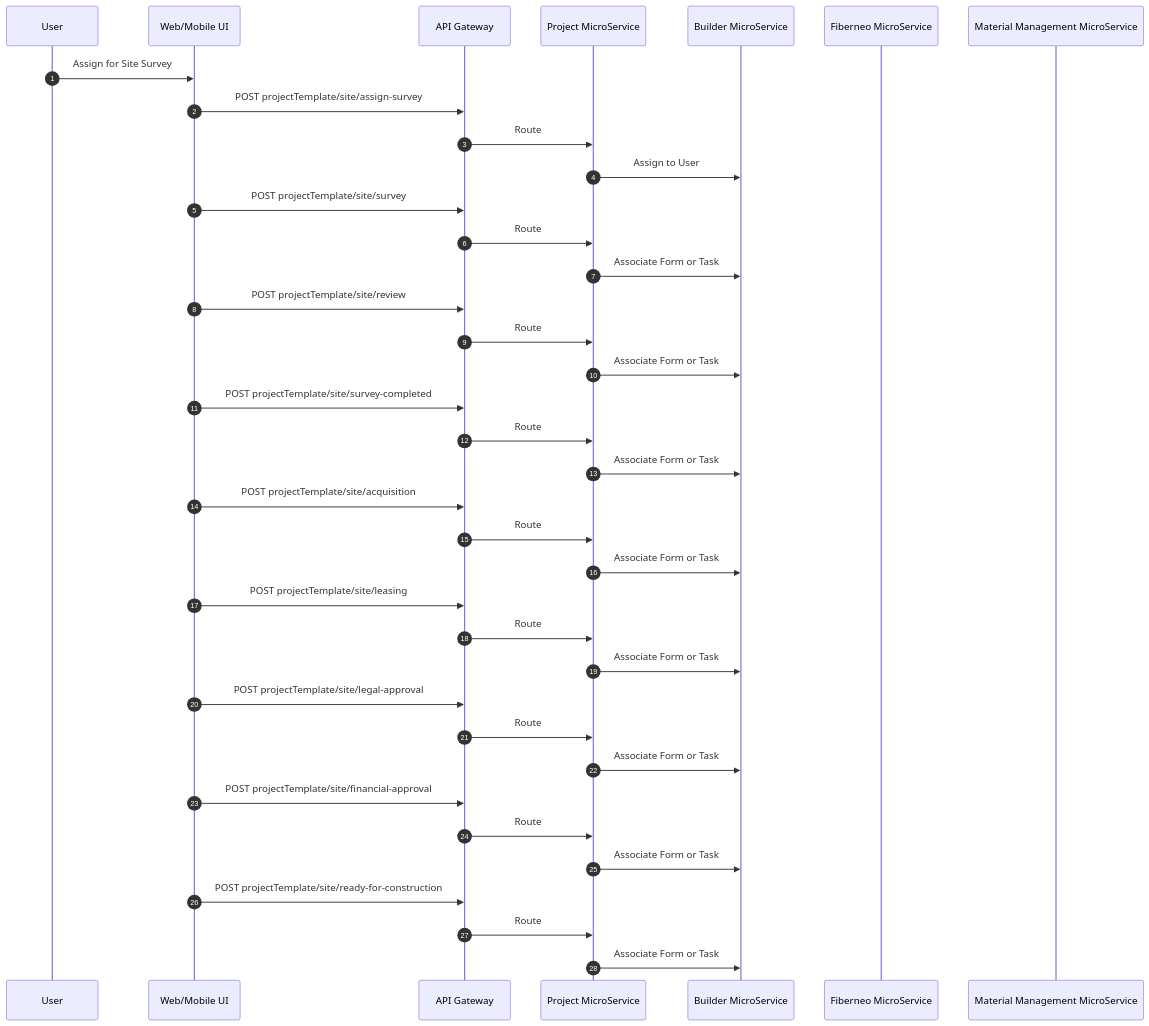
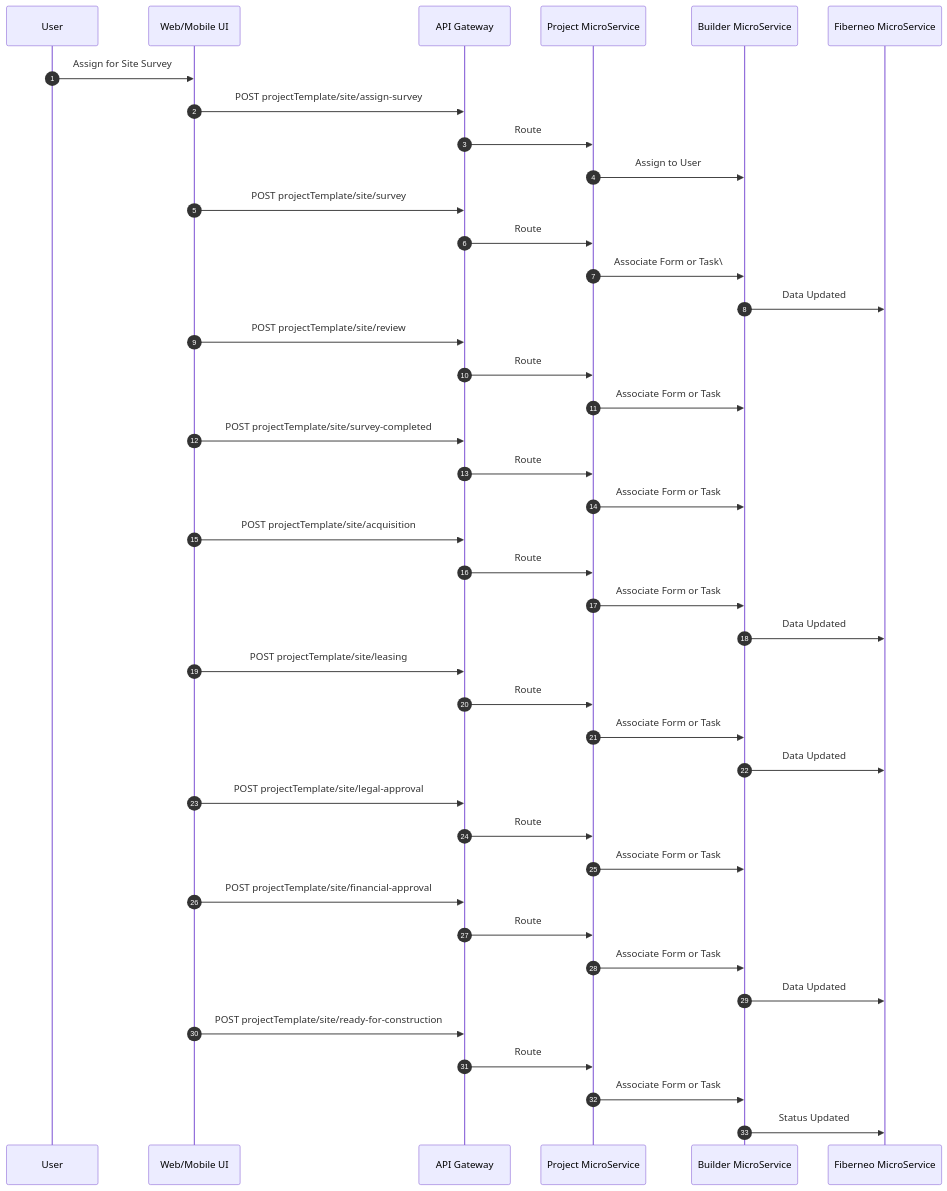
Diagram 11 of 13 in Fiberneo-Document/LLD/LLD.md (BhavikVisionGit/Fiberneo-Documents), drawn with Mermaid before and after one commit. The commit also changed other lines of this file and 12 other files, not shown here.

````diff
--- a/Fiberneo-Document/LLD/LLD.md
+++ b/Fiberneo-Document/LLD/LLD.md
@@ -633,48 +637,52 @@
 ```mermaid
 sequenceDiagram
   autonumber
   participant U as User
   participant UI as Web/Mobile UI
   participant GW as API Gateway
   participant PG as Project MicroService
   participant BD as Builder MicroService
   participant FN as Fiberneo MicroService
-  participant MM as Material Management MicroService
 
   U->>UI: Assign for Site Survey
   UI->>GW: POST projectTemplate/site/assign-survey
   GW->>PG: Route
   PG->>BD: Assign to User
 
   UI->>GW: POST projectTemplate/site/survey
   GW->>PG: Route
-  PG->>BD: Associate Form or Task
+  PG->>BD: Associate Form or Task\
+  BD->>FN: Data Updated
 
   UI->>GW: POST projectTemplate/site/review
   GW->>PG: Route
   PG->>BD: Associate Form or Task
 
   UI->>GW: POST projectTemplate/site/survey-completed
   GW->>PG: Route
   PG->>BD: Associate Form or Task
 
   UI->>GW: POST projectTemplate/site/acquisition
   GW->>PG: Route
   PG->>BD: Associate Form or Task
+  BD->>FN: Data Updated
 
   UI->>GW: POST projectTemplate/site/leasing
   GW->>PG: Route
   PG->>BD: Associate Form or Task
+  BD->>FN: Data Updated
 
   UI->>GW: POST projectTemplate/site/legal-approval
   GW->>PG: Route
   PG->>BD: Associate Form or Task
 
   UI->>GW: POST projectTemplate/site/financial-approval
   GW->>PG: Route
   PG->>BD: Associate Form or Task
+  BD->>FN: Data Updated
 
   UI->>GW: POST projectTemplate/site/ready-for-construction
   GW->>PG: Route
   PG->>BD: Associate Form or Task
+  BD->>FN: Status Updated
 ```
````
